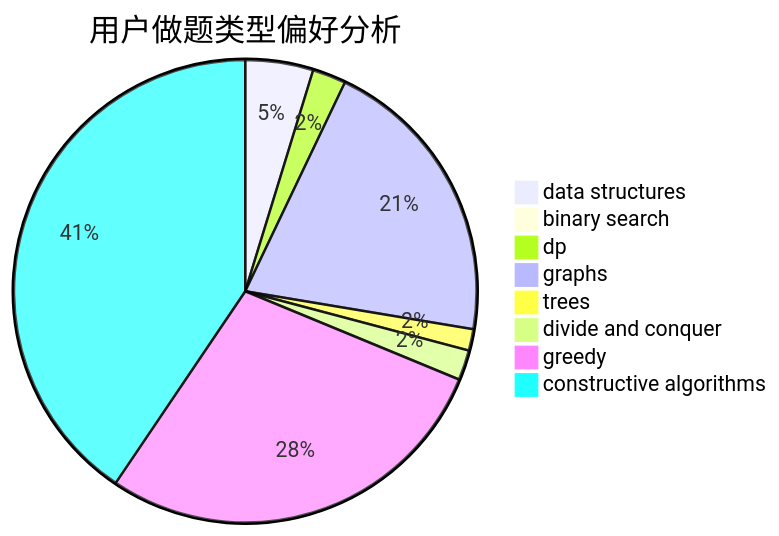
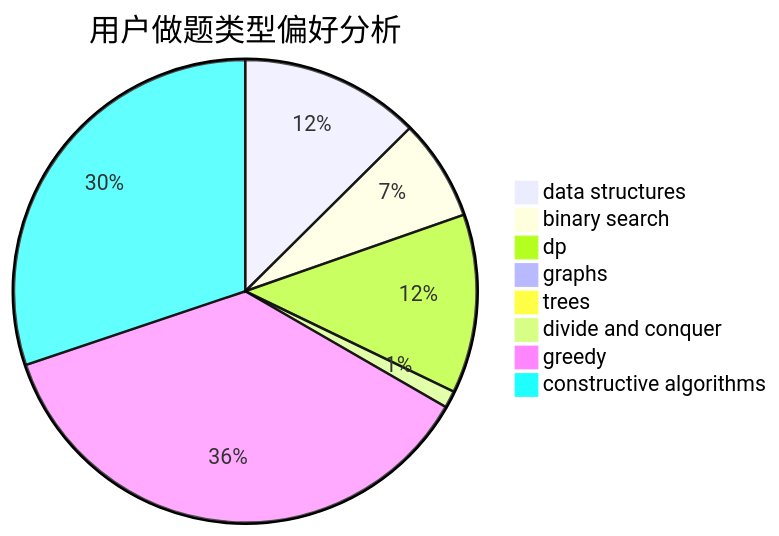
The second of 3 diagrams in docs/user/u1326.md (sherpahu/cfrs.github.io), drawn with Mermaid before and after one commit. The commit also changed other lines of this file and 2770 other files, not shown here.

````diff
--- a/docs/user/u1326.md
+++ b/docs/user/u1326.md
@@ -23,11 +23,11 @@
 ```mermaid
 pie title 用户做题类型偏好分析
-    "data structures" :  79
-    "binary search" :  0
-    "dp" :  39
-    "graphs" :  342
-    "trees" :  25
-    "divide and conquer" :  35
-    "greedy" :  470
-    "constructive algorithms" :  675
+    "data structures" :  190
+    "binary search" :  107
+    "dp" :  189
+    "graphs" :  9
+    "trees" :  7
+    "divide and conquer" :  18
+    "greedy" :  552
+    "constructive algorithms" :  456
 ```
````
